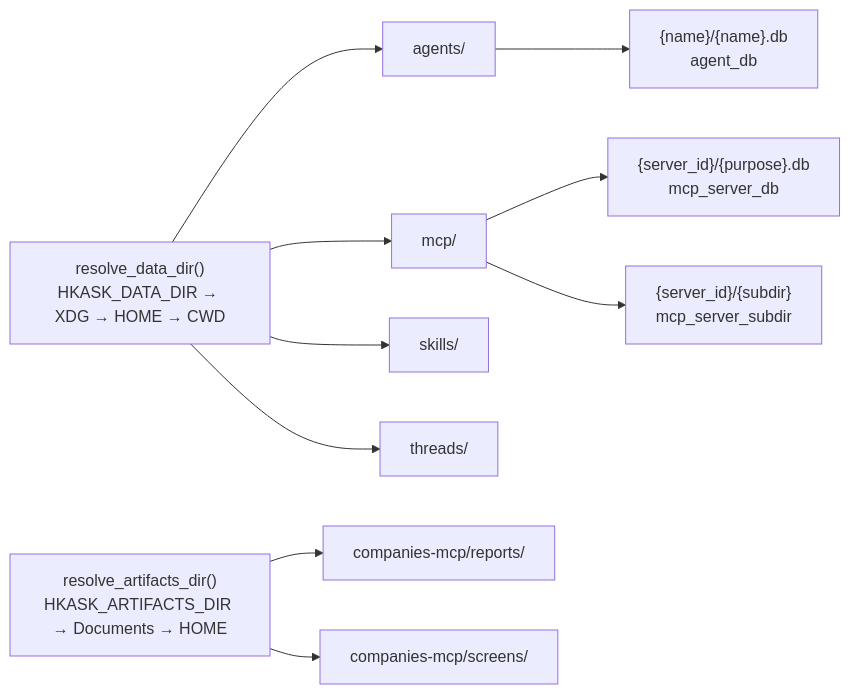
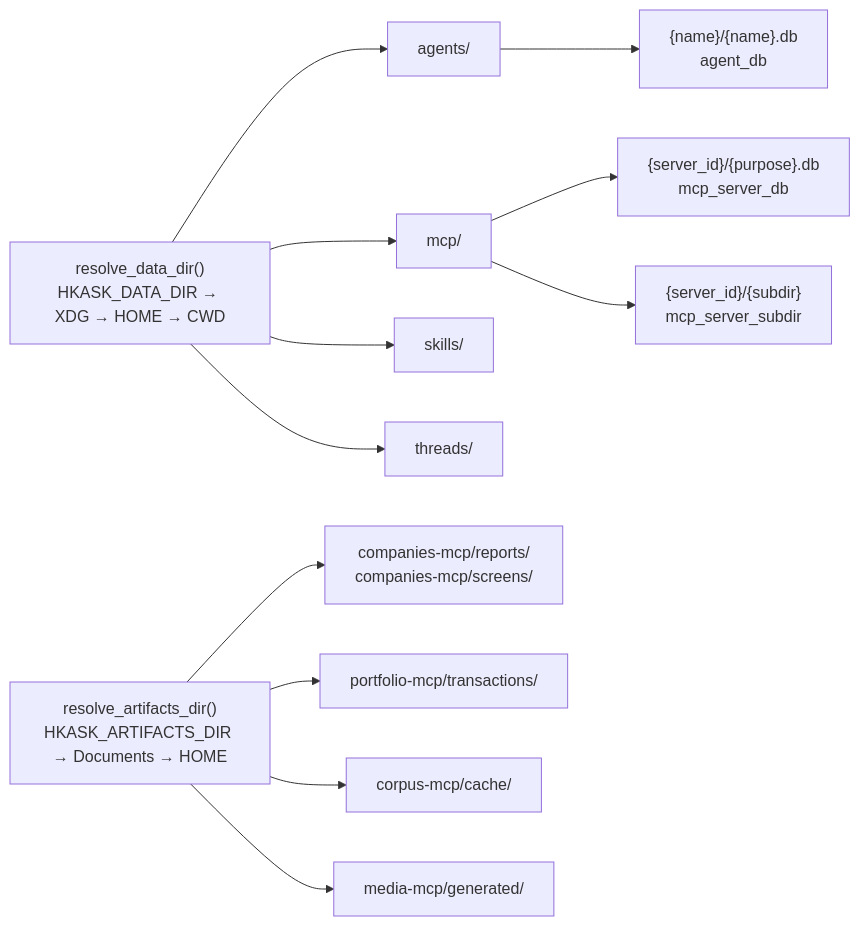
One commit to mdz-axo/zed-kask changed the second of 4 diagrams in kask/docs/diataxis/hkask-types/reference.md. Above: the diagram before and after it, drawn with Mermaid. The commit also changed other lines of this file and 12 other files, not shown here.

First line of the commit message:
Move generated media to artifacts dir

````diff
--- a/kask/docs/diataxis/hkask-types/reference.md
+++ b/kask/docs/diataxis/hkask-types/reference.md
@@ -149,12 +150,14 @@
 ```mermaid
 flowchart LR
     DATA["resolve_data_dir()<br/>HKASK_DATA_DIR → XDG → HOME → CWD"] --> AGENTS["agents/"]
     DATA --> MCP["mcp/"]
     DATA --> SKILLS["skills/"]
     DATA --> THREADS["threads/"]
-    ART["resolve_artifacts_dir()<br/>HKASK_ARTIFACTS_DIR → Documents → HOME"] --> CM["companies-mcp/reports/"]
-    ART --> CS["companies-mcp/screens/"]
+    ART["resolve_artifacts_dir()<br/>HKASK_ARTIFACTS_DIR → Documents → HOME"] --> CM["companies-mcp/reports/<br/>companies-mcp/screens/"]
+    ART --> PT["portfolio-mcp/transactions/"]
+    ART --> CC["corpus-mcp/cache/"]
+    ART --> MG["media-mcp/generated/"]
     AGENTS --> A1["{name}/{name}.db<br/>agent_db"]
     MCP --> M1["{server_id}/{purpose}.db<br/>mcp_server_db"]
     MCP --> M2["{server_id}/{subdir}<br/>mcp_server_subdir"]
 ```
````
